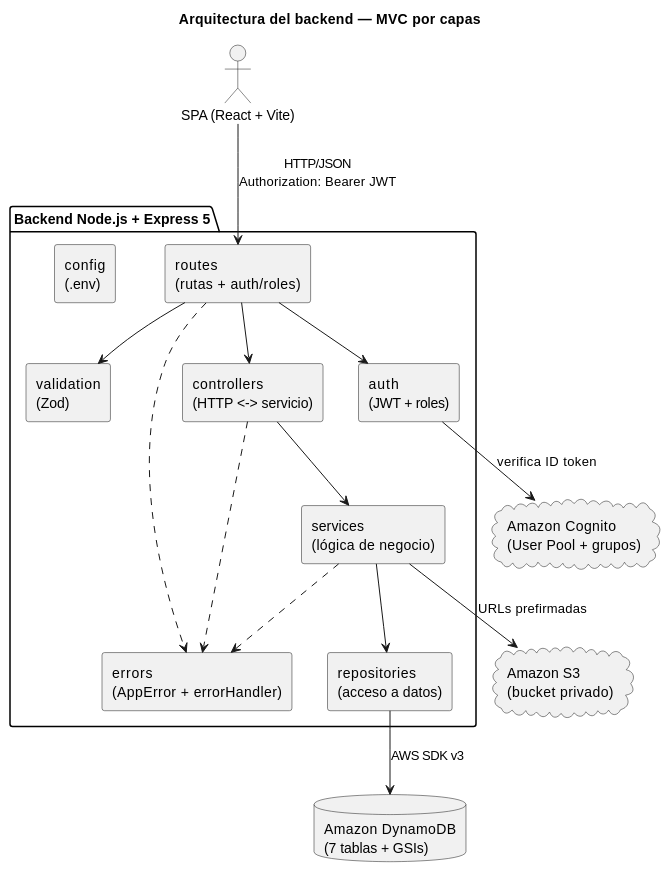
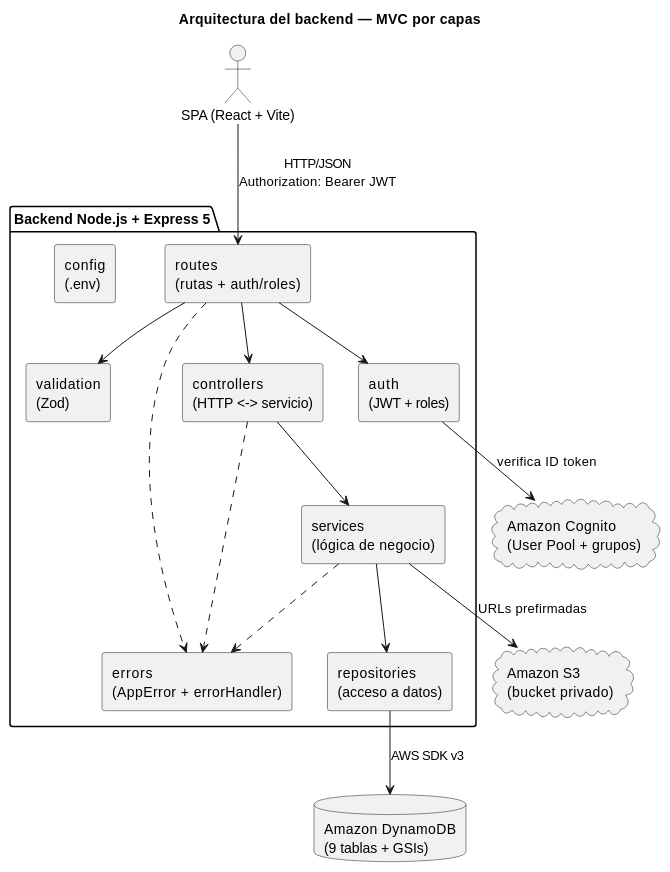
One commit to dgschahvqvc17/Concesionaria-BMW changed the first of 15 diagrams in documentacion/diagramas.md. Above: the diagram before and after it, drawn with PlantUML. The commit also changed other lines of this file and 32 other files, not shown here.

````diff
--- a/documentacion/diagramas.md
+++ b/documentacion/diagramas.md
@@ -36,37 +37,37 @@
 ```plantuml
 @startuml
 title Arquitectura del backend — MVC por capas
 skinparam componentStyle rectangle
 skinparam shadowing false
 
 actor "SPA (React + Vite)" as spa
 
 package "Backend Node.js + Express 5" {
   component "routes\n(rutas + auth/roles)" as routes
   component "validation\n(Zod)" as validation
   component "controllers\n(HTTP <-> servicio)" as controllers
   component "services\n(lógica de negocio)" as services
   component "repositories\n(acceso a datos)" as repositories
   component "errors\n(AppError + errorHandler)" as errors
   component "auth\n(JWT + roles)" as auth
   component "config\n(.env)" as config
 }
 
-database "Amazon DynamoDB\n(7 tablas + GSIs)" as ddb
+database "Amazon DynamoDB\n(9 tablas + GSIs)" as ddb
 cloud "Amazon S3\n(bucket privado)" as s3
 cloud "Amazon Cognito\n(User Pool + grupos)" as cognito
 
 spa --> routes : HTTP/JSON\nAuthorization: Bearer JWT
 routes --> auth
 routes --> validation
 routes --> controllers
 controllers --> services
 services --> repositories
 repositories --> ddb : AWS SDK v3
 services --> s3 : URLs prefirmadas
 auth --> cognito : verifica ID token
 controllers ..> errors
 services ..> errors
 routes ..> errors
 @enduml
 ```
````
